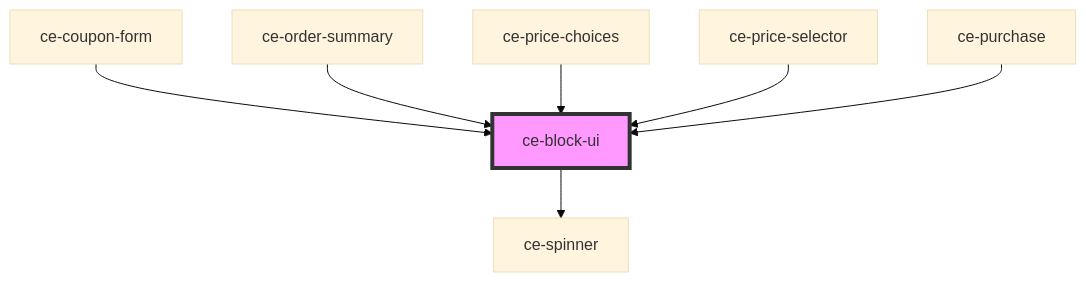
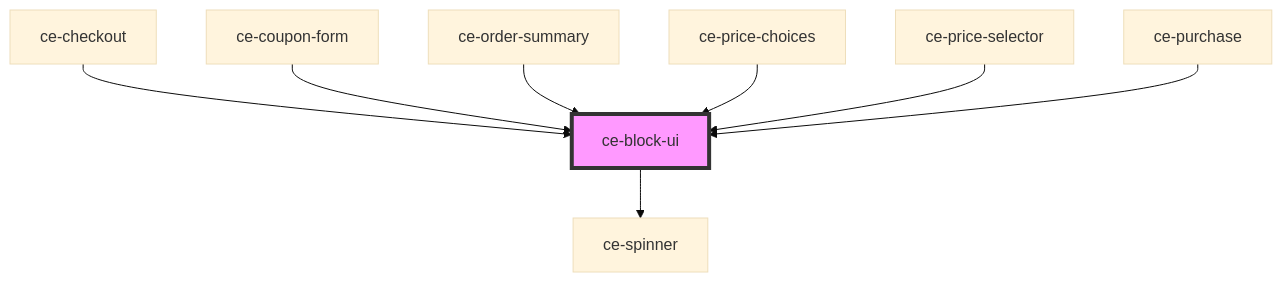
One commit to surecart/surecart-wp-plugin changed the diagram in packages/components/src/components/ui/block-ui/readme.md. Above: the diagram before and after it, drawn with Mermaid (base theme). The commit also changed other lines of this file and 50 other files, not shown here.

````diff
--- a/packages/components/src/components/ui/block-ui/readme.md
+++ b/packages/components/src/components/ui/block-ui/readme.md
@@ -31,10 +32,11 @@
 ```mermaid
 graph TD;
   ce-block-ui --> ce-spinner
+  ce-checkout --> ce-block-ui
   ce-coupon-form --> ce-block-ui
   ce-order-summary --> ce-block-ui
   ce-price-choices --> ce-block-ui
   ce-price-selector --> ce-block-ui
   ce-purchase --> ce-block-ui
   style ce-block-ui fill:#f9f,stroke:#333,stroke-width:4px
 ```
````
